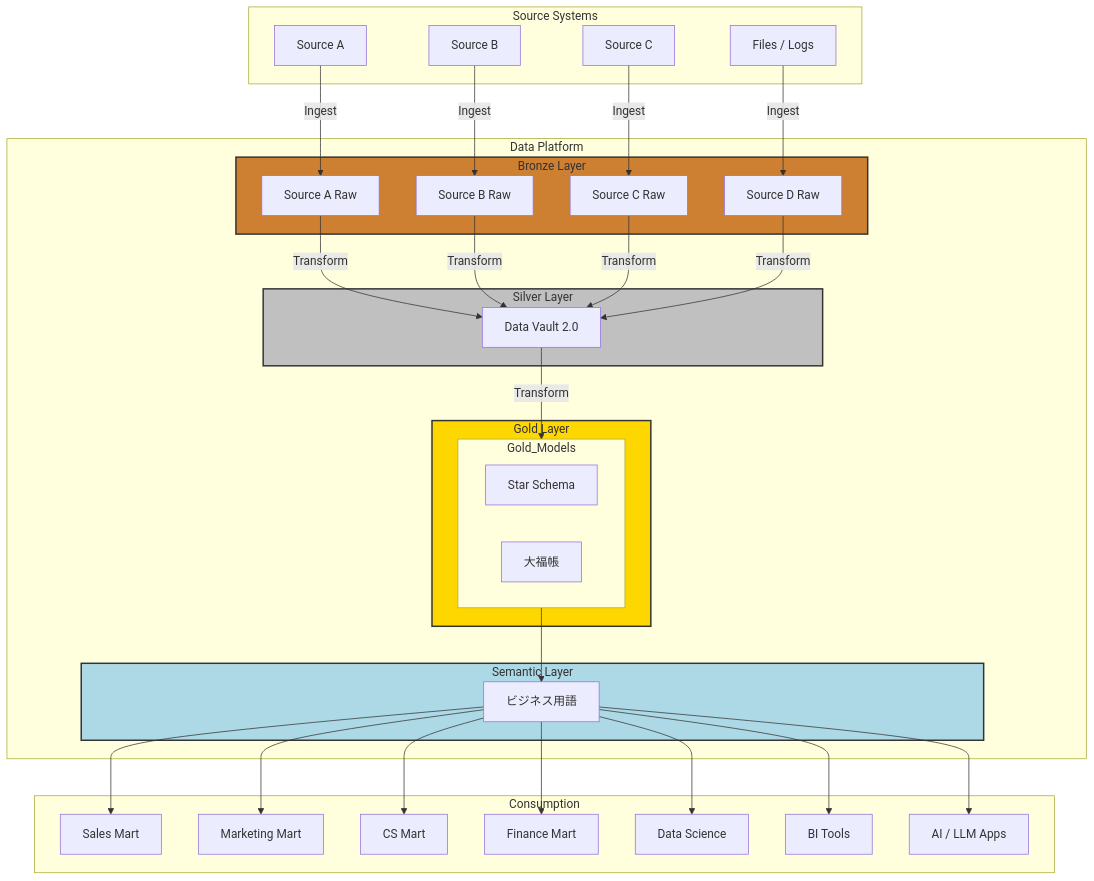
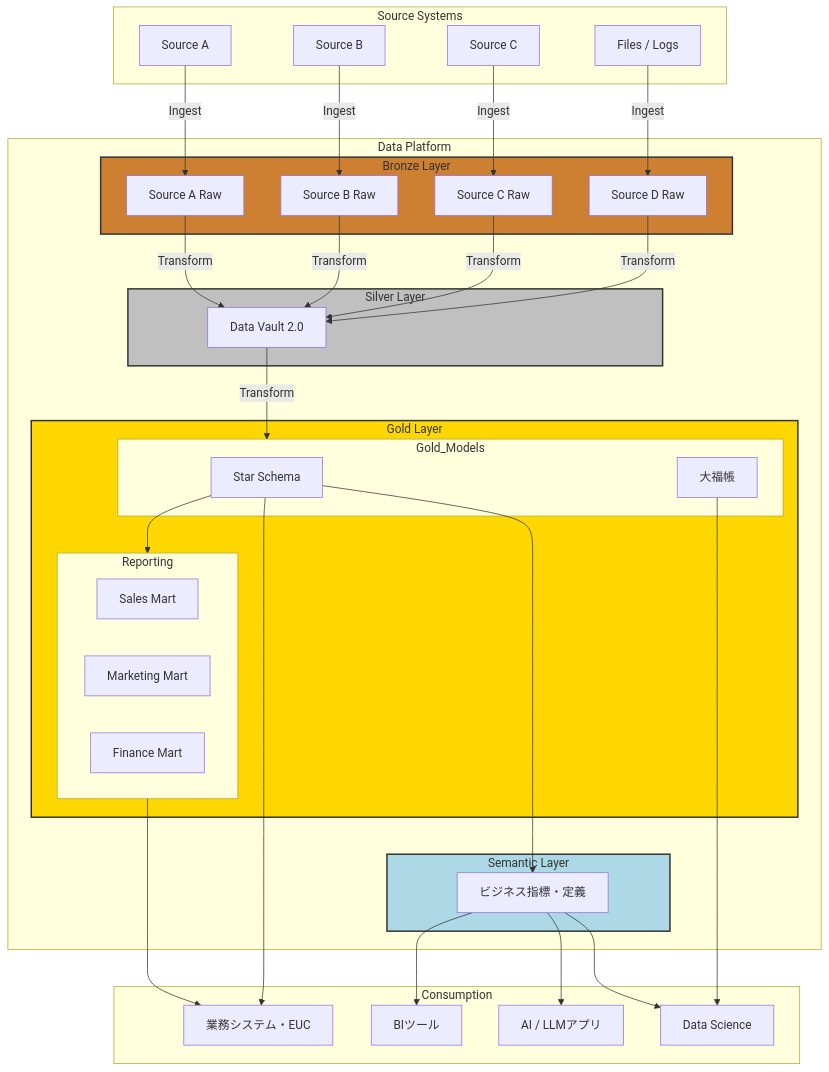
The first of 6 diagrams in articles/data_pf_arch_20250902.md (suwa-sh/zenn-contents), drawn with Mermaid before and after one commit.

````diff
--- a/articles/data_pf_arch_20250902.md
+++ b/articles/data_pf_arch_20250902.md
@@ -25,66 +25,69 @@
 ```mermaid
 graph TD
     subgraph Source Systems
         A[Source A]
         B[Source B]
         C[Source C]
         D[Files / Logs]
     end
 
     subgraph Data Platform
         subgraph BL[Bronze Layer]
             Bronze_A[Source A Raw]
             Bronze_B[Source B Raw]
             Bronze_C[Source C Raw]
             Bronze_D[Source D Raw]
         end
 
         subgraph SL[Silver Layer]
             DV[Data Vault 2.0]
         end
 
         subgraph GL[Gold Layer]
             subgraph Gold_Models
                 Star[Star Schema]
                 Daifukucho[大福帳]
             end
+            subgraph Reporting
+                Mart1[Sales Mart]
+                Mart2[Marketing Mart]
+                Mart3[Finance Mart]
+            end
         end
 
         subgraph SML[Semantic Layer]
-            Semantic[ビジネス用語]
+            Semantic[ビジネス指標・定義]
         end
     end
 
     subgraph CONS[Consumption]
-        Mart1[Sales Mart]
-        Mart2[Marketing Mart]
-        Mart3[CS Mart]
-        Mart4[Finance Mart]
+        Business[業務システム・EUC]
         DS[Data Science]
-        BI[BI Tools]
-        AI[AI / LLM Apps]
+        BI[BIツール]
+        AI[AI / LLMアプリ]
     end
 
     A -- Ingest --> Bronze_A
     B -- Ingest --> Bronze_B
     C -- Ingest --> Bronze_C
     D -- Ingest --> Bronze_D
     Bronze_A -- Transform --> DV
     Bronze_B -- Transform --> DV
     Bronze_C -- Transform --> DV
     Bronze_D -- Transform --> DV
     DV -- Transform --> Gold_Models
-    Gold_Models --> Semantic
-    Semantic --> Mart1
-    Semantic --> Mart2
-    Semantic --> Mart3
-    Semantic --> Mart4
+    Star --> Reporting
+    Star ---> Semantic
+    Daifukucho --> DS
     Semantic --> DS
+    Semantic --> AI
     Semantic --> BI
-    Semantic --> AI
+
+    Star  --> Business
+    Reporting --> Business
 
     style BL fill:#CD7F32,stroke:#333,stroke-width:2px
     style SL fill:#C0C0C0,stroke:#333,stroke-width:2px
     style GL fill:#FFD700,stroke:#333,stroke-width:2px
     style SML fill:#ADD8E6,stroke:#333,stroke-width:2px
 ```
````
